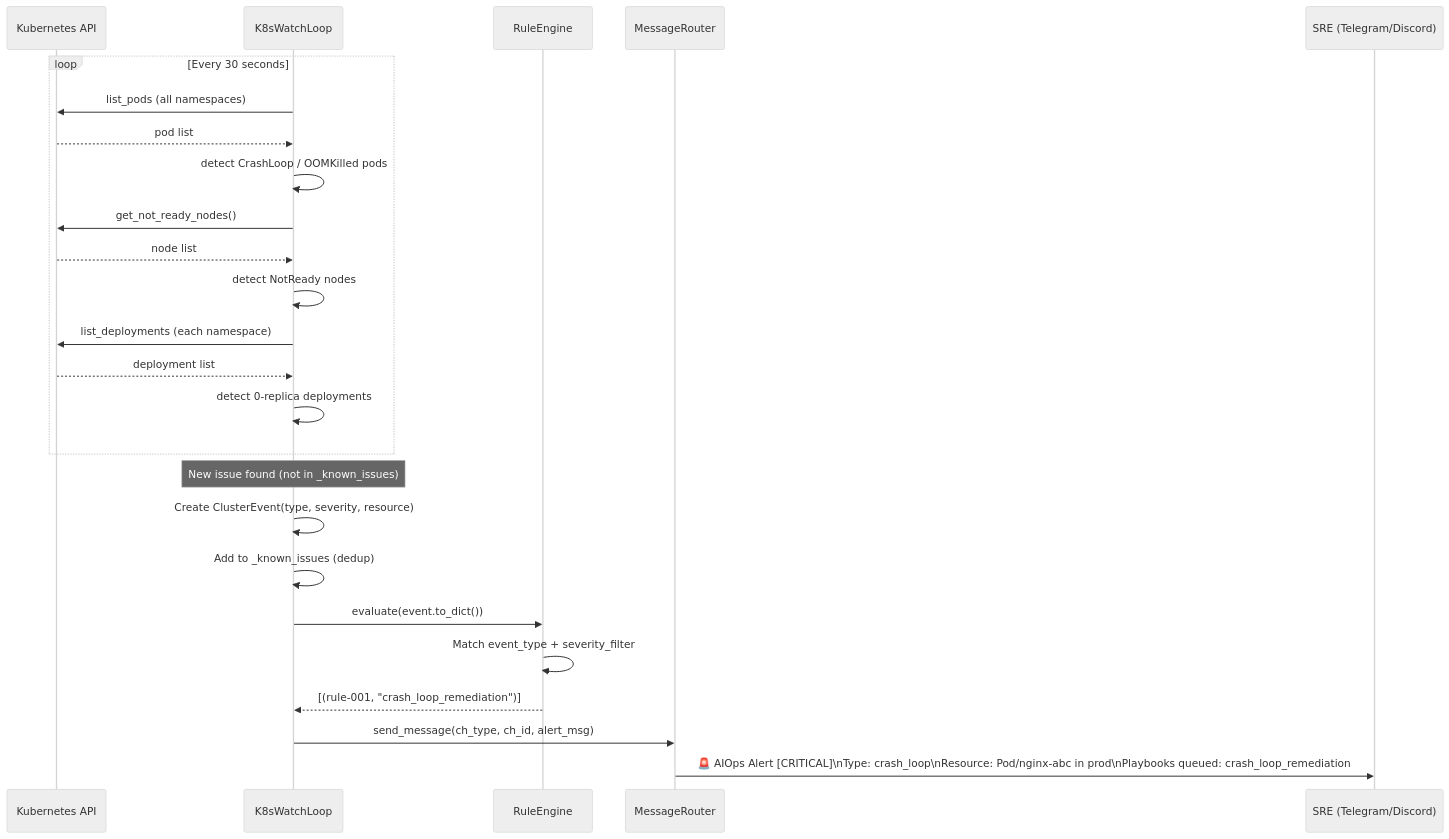
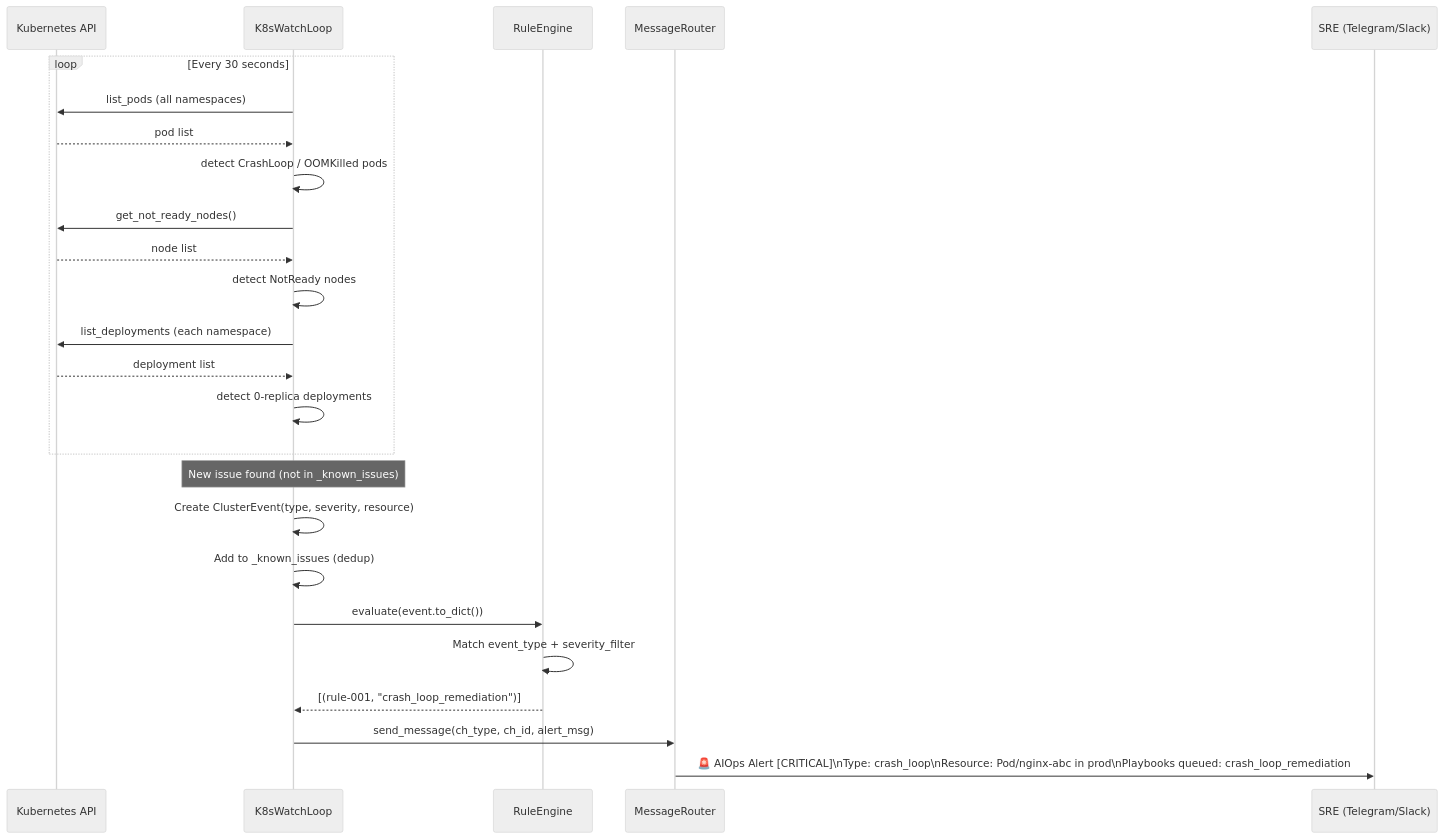
One commit to Htunn/simple-ai-agent changed the first of 6 diagrams in docs/aiops.md. Above: the diagram before and after it, drawn with Mermaid (neutral theme). The commit also changed other lines of this file and 26 other files, not shown here.

First line of the commit message:
feat: remove Discord integration, focus on Telegram and Slack only

````diff
--- a/docs/aiops.md
+++ b/docs/aiops.md
@@ -210,33 +210,33 @@
 ```mermaid
 sequenceDiagram
     participant K8s as Kubernetes API
     participant WL as K8sWatchLoop
     participant RE as RuleEngine
     participant Router as MessageRouter
-    participant User as SRE (Telegram/Discord)
+    participant User as SRE (Telegram/Slack)
 
     loop Every 30 seconds
         WL->>K8s: list_pods (all namespaces)
         K8s-->>WL: pod list
         WL->>WL: detect CrashLoop / OOMKilled pods
 
         WL->>K8s: get_not_ready_nodes()
         K8s-->>WL: node list
         WL->>WL: detect NotReady nodes
 
         WL->>K8s: list_deployments (each namespace)
         K8s-->>WL: deployment list
         WL->>WL: detect 0-replica deployments
     end
 
     Note over WL: New issue found (not in _known_issues)
 
     WL->>WL: Create ClusterEvent(type, severity, resource)
     WL->>WL: Add to _known_issues (dedup)
     WL->>RE: evaluate(event.to_dict())
     RE->>RE: Match event_type + severity_filter
     RE-->>WL: [(rule-001, "crash_loop_remediation")]
 
     WL->>Router: send_message(ch_type, ch_id, alert_msg)
     Router->>User: 🚨 AIOps Alert [CRITICAL]\nType: crash_loop\nResource: Pod/nginx-abc in prod\nPlaybooks queued: crash_loop_remediation
 ```
````
